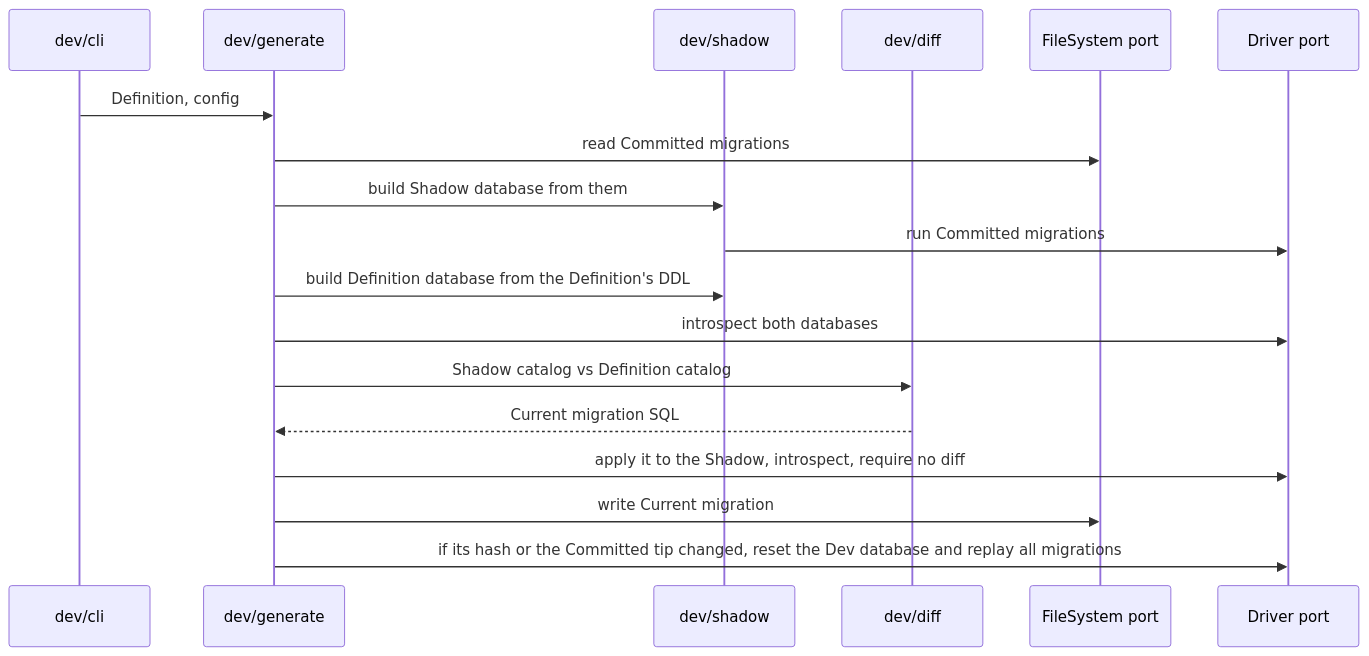
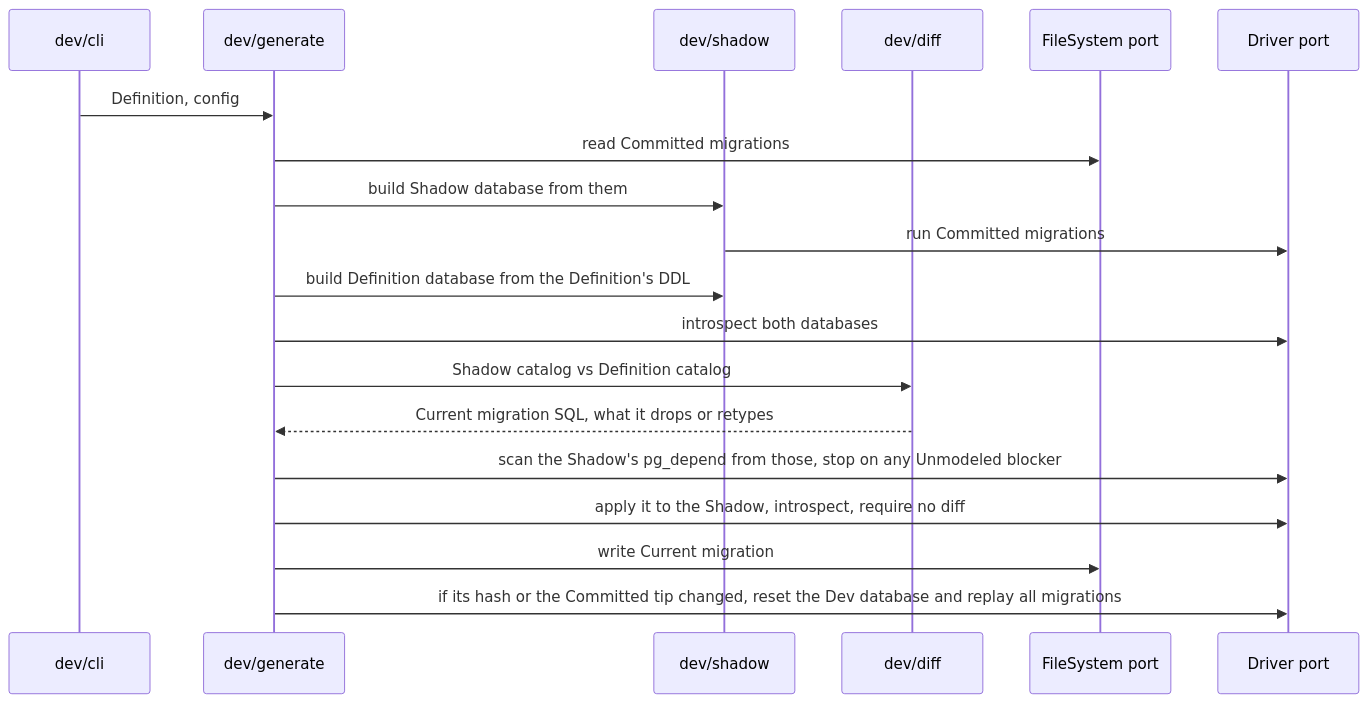
One commit to smonn/db changed the first of 5 diagrams in docs/architecture/cli.md. Above: the diagram before and after it, drawn with Mermaid. The commit also changed other lines of this file and 18 other files, not shown here.

First line of the commit message:
feat(generate): scan for every Unmodeled blocker before verification (#589)

````diff
--- a/docs/architecture/cli.md
+++ b/docs/architecture/cli.md
@@ -28,21 +28,22 @@
 ```mermaid
 sequenceDiagram
   participant CLI as dev/cli
   participant Gen as dev/generate
   participant Shadow as dev/shadow
   participant Diff as dev/diff
   participant FS as FileSystem port
   participant DB as Driver port
 
   CLI->>Gen: Definition, config
   Gen->>FS: read Committed migrations
   Gen->>Shadow: build Shadow database from them
   Shadow->>DB: run Committed migrations
   Gen->>Shadow: build Definition database from the Definition's DDL
   Gen->>DB: introspect both databases
   Gen->>Diff: Shadow catalog vs Definition catalog
-  Diff-->>Gen: Current migration SQL
+  Diff-->>Gen: Current migration SQL, what it drops or retypes
+  Gen->>DB: scan the Shadow's pg_depend from those, stop on any Unmodeled blocker
   Gen->>DB: apply it to the Shadow, introspect, require no diff
   Gen->>FS: write Current migration
   Gen->>DB: if its hash or the Committed tip changed, reset the Dev database and replay all migrations
 ```
````
